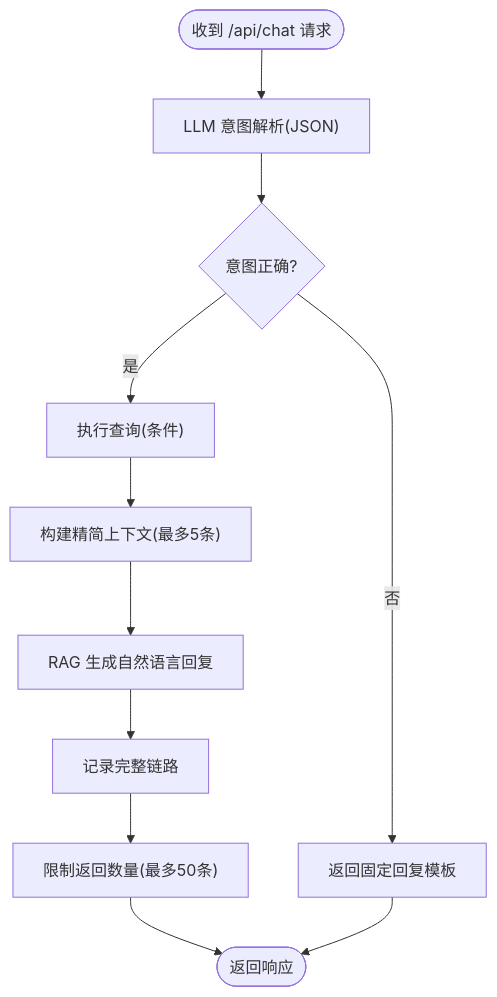
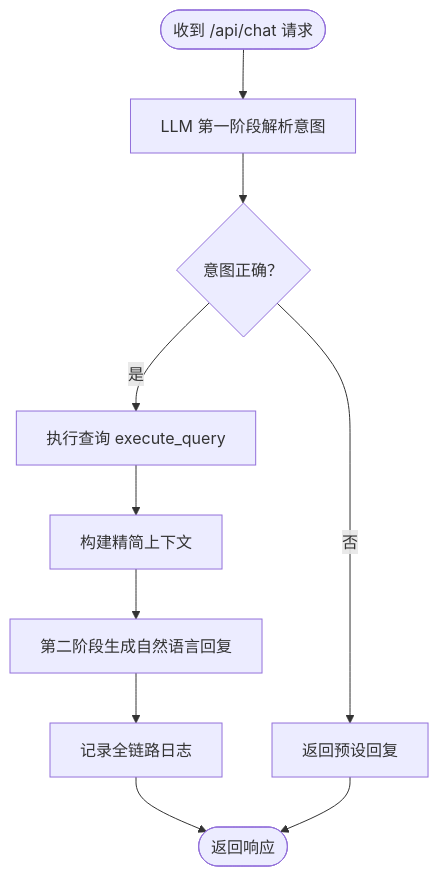
One commit to kanoha222/Laplace changed the third of 8 diagrams in .qoder/repowiki/zh/content/项目概述.md. Above: the diagram before and after it, drawn with Mermaid. The commit also changed other lines of this file and 54 other files, not shown here.

````diff
--- a/.qoder/repowiki/zh/content/项目概述.md
+++ b/.qoder/repowiki/zh/content/项目概述.md
@@ -154,13 +169,12 @@
 ```mermaid
 flowchart TD
-Start(["收到 /api/chat 请求"]) --> Parse["LLM 意图解析(JSON)"]
-Parse --> IntentOK{"意图正确?"}
-IntentOK -- 否 --> ReplyFallback["返回固定回复模板"]
-IntentOK -- 是 --> Exec["执行查询(条件)"]
-Exec --> BuildCtx["构建精简上下文(最多5条)"]
-BuildCtx --> Gen["RAG 生成自然语言回复"]
-Gen --> Log["记录完整链路"]
-Log --> Limit["限制返回数量(最多50条)"]
-Limit --> End(["返回响应"])
-ReplyFallback --> End
+Start(["收到 /api/chat 请求"]) --> Parse["LLM 第一阶段解析意图"]
+Parse --> IntentOK{"意图正确？"}
+IntentOK --> |否| ReplyFallback["返回预设回复"]
+IntentOK --> |是| Exec["执行查询 execute_query"]
+Exec --> BuildCtx["构建精简上下文"]
+BuildCtx --> Gen["第二阶段生成自然语言回复"]
+Gen --> Log["记录全链路日志"]
+Log --> Return(["返回响应"])
+ReplyFallback --> Return
 ```
````
